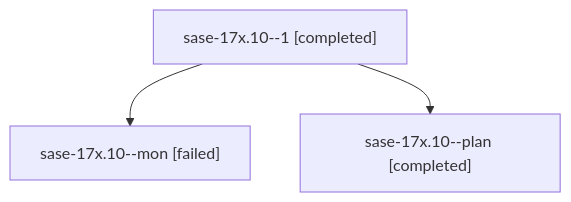
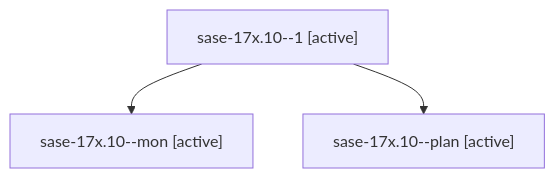
One commit to sase-org/sase--agents changed the diagram in families/bbugyi200.athena.sase-17x.10.md. Above: the diagram before and after it, drawn with Mermaid. The commit also changed other lines of this file and 35830 other files, not shown here.

````diff
--- a/families/bbugyi200.athena.sase-17x.10.md
+++ b/families/bbugyi200.athena.sase-17x.10.md
@@ -9,8 +9,8 @@
 ```mermaid
 flowchart TD
-  n0["sase-17x.10--1 [completed]"]
-  n1["sase-17x.10--mon [failed]"]
+  n0["sase-17x.10--1 [active]"]
+  n1["sase-17x.10--mon [active]"]
   n0 --> n1
-  n2["sase-17x.10--plan [completed]"]
+  n2["sase-17x.10--plan [active]"]
   n0 --> n2
 ```
````
